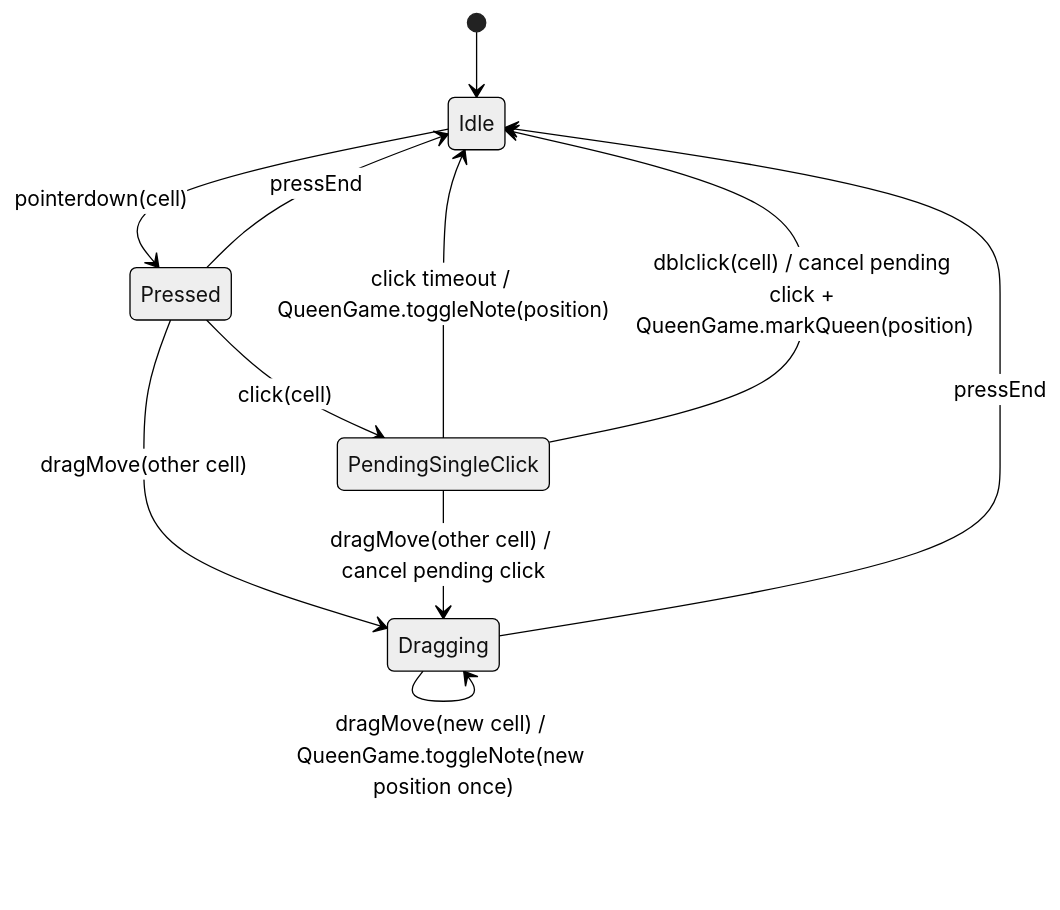
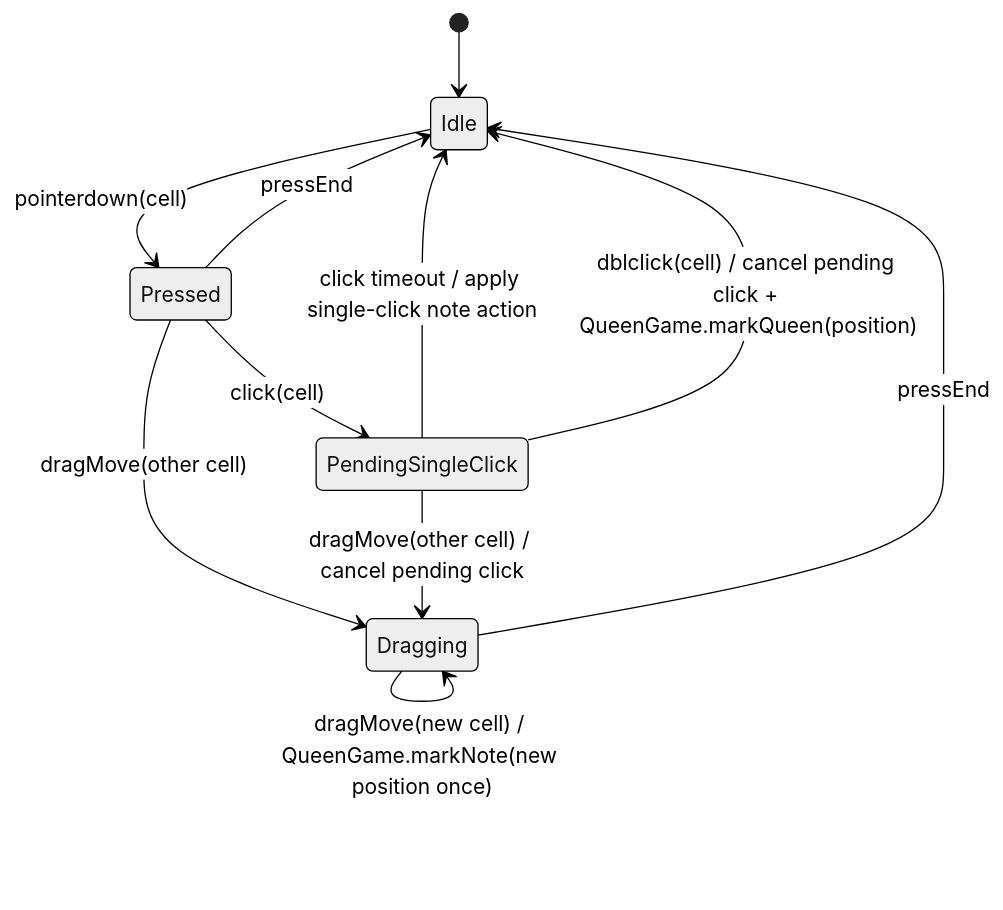
One commit to clhuang224/queener changed the diagram in AGENTS.md. Above: the diagram before and after it, drawn with Mermaid (neutral theme). The commit also changed other lines of this file and 7 other files, not shown here.

````diff
--- a/AGENTS.md
+++ b/AGENTS.md
@@ -289,16 +289,16 @@
 ```mermaid
 stateDiagram-v2
   [*] --> Idle
 
   Idle --> Pressed: pointerdown(cell)
   Pressed --> PendingSingleClick: click(cell)
   Pressed --> Dragging: dragMove(other cell)
   Pressed --> Idle: pressEnd
 
-  PendingSingleClick --> Idle: click timeout / QueenGame.toggleNote(position)
+  PendingSingleClick --> Idle: click timeout / apply single-click note action
   PendingSingleClick --> Idle: dblclick(cell) / cancel pending click + QueenGame.markQueen(position)
   PendingSingleClick --> Dragging: dragMove(other cell) / cancel pending click
 
-  Dragging --> Dragging: dragMove(new cell) / QueenGame.toggleNote(new position once)
+  Dragging --> Dragging: dragMove(new cell) / QueenGame.markNote(new position once)
   Dragging --> Idle: pressEnd
 ```
````
